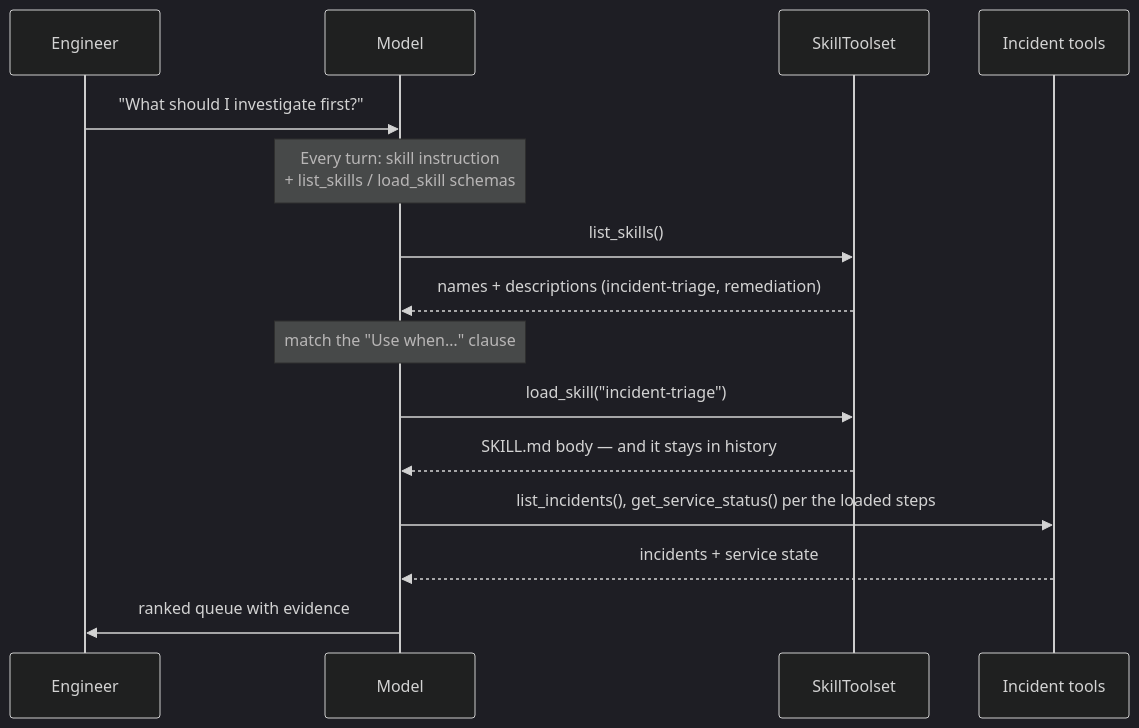
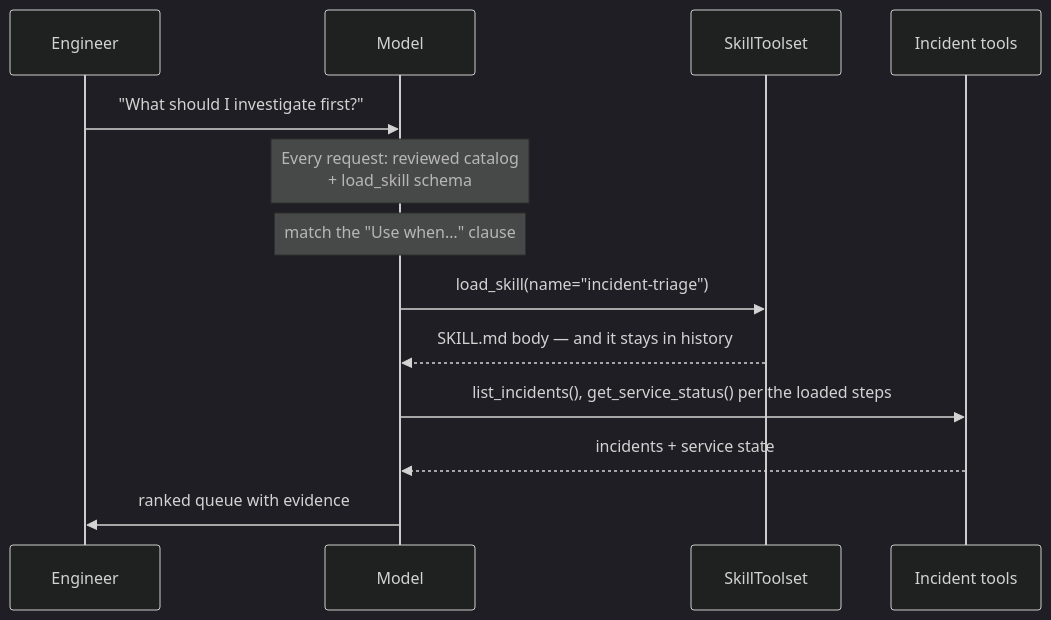
The first of 2 diagrams in content/3. Capabilities/3.2. Skills.md (LuiGGi629/agentops-open-course), drawn with Mermaid (dark theme) before and after one commit. The commit also changed other lines of this file and 87 other files, not shown here.

````diff
--- a/content/3. Capabilities/3.2. Skills.md
+++ b/content/3. Capabilities/3.2. Skills.md
@@ -90,17 +88,15 @@
 ```mermaid
 sequenceDiagram
     participant U as Engineer
     participant M as Model
     participant K as SkillToolset
     participant T as Incident tools
     U->>M: "What should I investigate first?"
-    Note over M: Every turn: skill instruction<br/>+ list_skills / load_skill schemas
-    M->>K: list_skills()
-    K-->>M: names + descriptions (incident-triage, remediation)
+    Note over M: Every request: reviewed catalog<br/>+ load_skill schema
     Note over M: match the "Use when…" clause
-    M->>K: load_skill("incident-triage")
+    M->>K: load_skill(name="incident-triage")
     K-->>M: SKILL.md body — and it stays in history
     M->>T: list_incidents(), get_service_status() per the loaded steps
     T-->>M: incidents + service state
     M->>U: ranked queue with evidence
 ```
````
